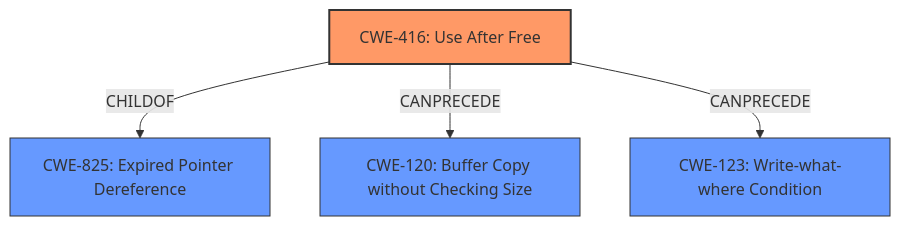
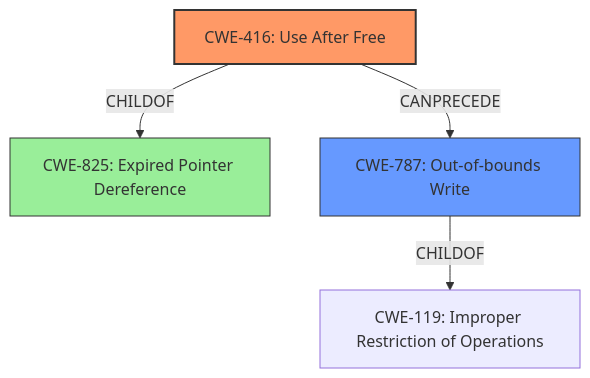
One commit to CyberSecAI/cwe_agent_assign_reports_2023 changed the diagram in CVE-2021-30762/CVE-2021-30762_analysis.md. Above: the diagram before and after it, drawn with Mermaid. The commit also changed other lines of this file and 902 other files, not shown here.

````diff
--- a/CVE-2021-30762/CVE-2021-30762_analysis.md
+++ b/CVE-2021-30762/CVE-2021-30762_analysis.md
@@ -16,16 +17,18 @@
 ```mermaid
 graph TD
     cwe416["CWE-416: Use After Free"]
     cwe825["CWE-825: Expired Pointer Dereference"]
-    cwe120["CWE-120: Buffer Copy without Checking Size"]
-    cwe123["CWE-123: Write-what-where Condition"]
-
+    cwe787["CWE-787: Out-of-bounds Write"]
+    cwe119["CWE-119: Improper Restriction of Operations"]
+    
     cwe416 -->|CHILDOF| cwe825
-    cwe416 -->|CANPRECEDE| cwe120
-    cwe416 -->|CANPRECEDE| cwe123
-
+    cwe787 -->|CHILDOF| cwe119
+    cwe416 -->|CANPRECEDE| cwe787
+    
     classDef primary fill:#f96,stroke:#333,stroke-width:2px
     classDef secondary fill:#69f,stroke:#333
+    classDef tertiary fill:#9e9,stroke:#333
     class cwe416 primary
-    class cwe825,cwe120,cwe123 secondary
+    class cwe787 secondary
+    class cwe825 tertiary
 ```
````
